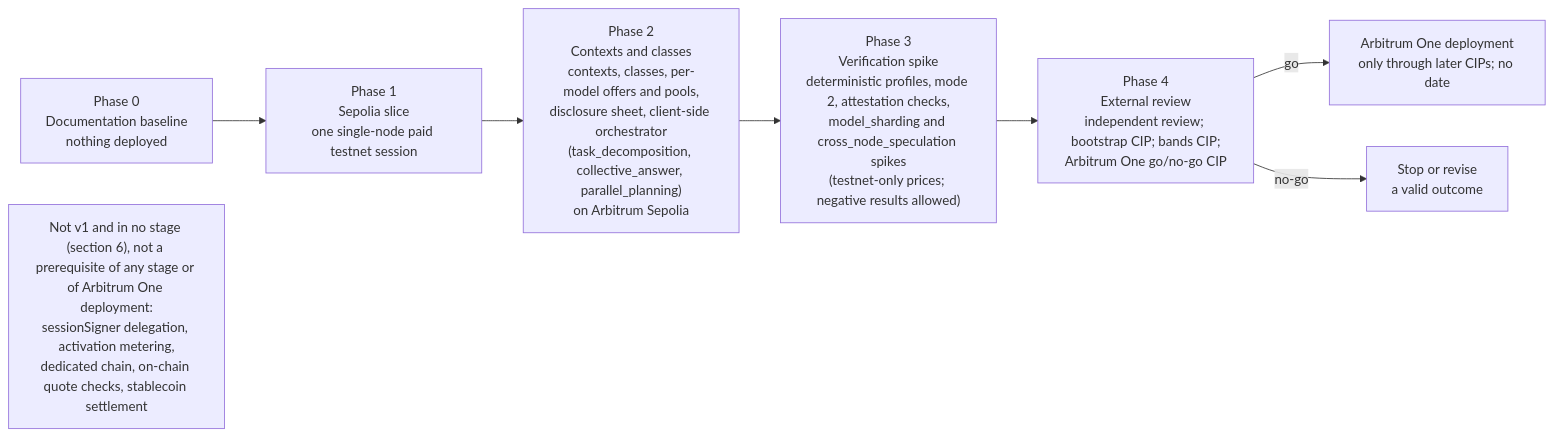
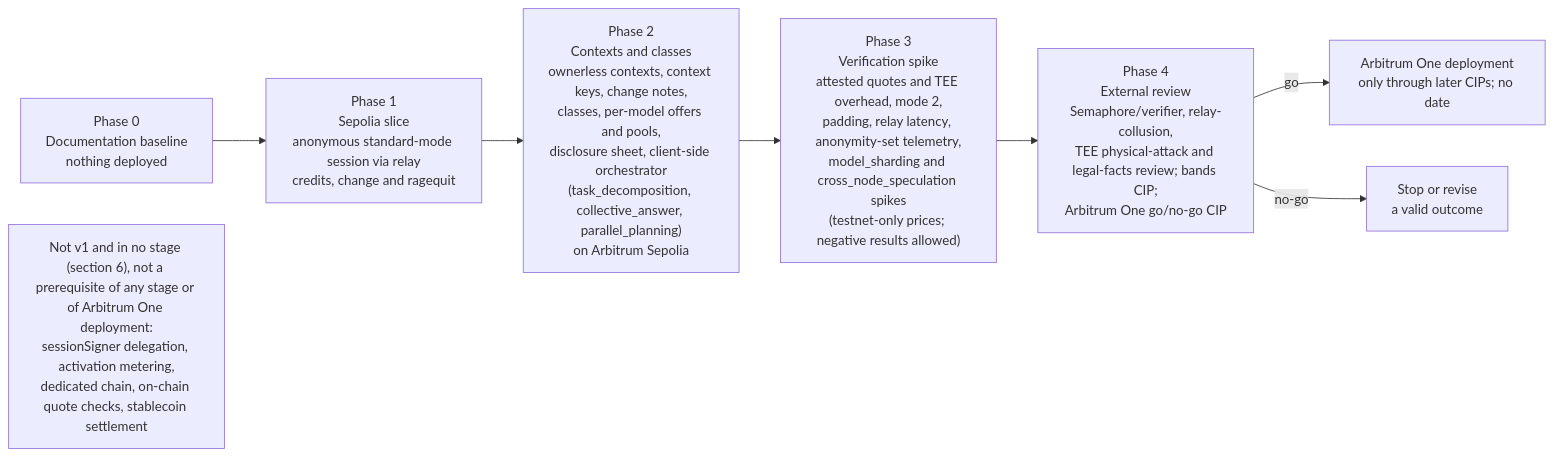
Before and after one commit to Comuns-ai/comuns: the diagram in docs/architecture/deployment-and-decentralization.md, drawn with Mermaid. The commit also changed other lines of this file and 43 other files, not shown here.

First line of the commit message:
docs: make Comuns anonymous by default with TEE for content privacy

````diff
--- a/docs/architecture/deployment-and-decentralization.md
+++ b/docs/architecture/deployment-and-decentralization.md
@@ -33,10 +35,10 @@
 ```mermaid
 flowchart LR
-    P0["Phase 0<br/>Documentation baseline<br/>nothing deployed"] --> P1["Phase 1<br/>Sepolia slice<br/>one single-node paid testnet session"]
-    P1 --> P2["Phase 2<br/>Contexts and classes<br/>contexts, classes, per-model offers and pools,<br/>disclosure sheet, client-side orchestrator<br/>(task_decomposition, collective_answer, parallel_planning)<br/>on Arbitrum Sepolia"]
-    P2 --> P3["Phase 3<br/>Verification spike<br/>deterministic profiles, mode 2, attestation checks,<br/>model_sharding and cross_node_speculation spikes<br/>(testnet-only prices; negative results allowed)"]
-    P3 --> P4["Phase 4<br/>External review<br/>independent review; bootstrap CIP; bands CIP;<br/>Arbitrum One go/no-go CIP"]
+    P0["Phase 0<br/>Documentation baseline<br/>nothing deployed"] --> P1["Phase 1<br/>Sepolia slice<br/>anonymous standard-mode session via relay<br/>credits, change and ragequit"]
+    P1 --> P2["Phase 2<br/>Contexts and classes<br/>ownerless contexts, context keys, change notes,<br/>classes, per-model offers and pools,<br/>disclosure sheet, client-side orchestrator<br/>(task_decomposition, collective_answer, parallel_planning)<br/>on Arbitrum Sepolia"]
+    P2 --> P3["Phase 3<br/>Verification spike<br/>attested quotes and TEE overhead, mode 2,<br/>padding, relay latency, anonymity-set telemetry,<br/>model_sharding and cross_node_speculation spikes<br/>(testnet-only prices; negative results allowed)"]
+    P3 --> P4["Phase 4<br/>External review<br/>Semaphore/verifier, relay-collusion,<br/>TEE physical-attack and legal-facts review; bands CIP;<br/>Arbitrum One go/no-go CIP"]
     P4 -->|"go"| M["Arbitrum One deployment<br/>only through later CIPs; no date"]
     P4 -->|"no-go"| S["Stop or revise<br/>a valid outcome"]
     L["Not v1 and in no stage (section 6), not a prerequisite of any stage or of Arbitrum One deployment:<br/>sessionSigner delegation, activation metering,<br/>dedicated chain, on-chain quote checks, stablecoin settlement"]
 ```
````
